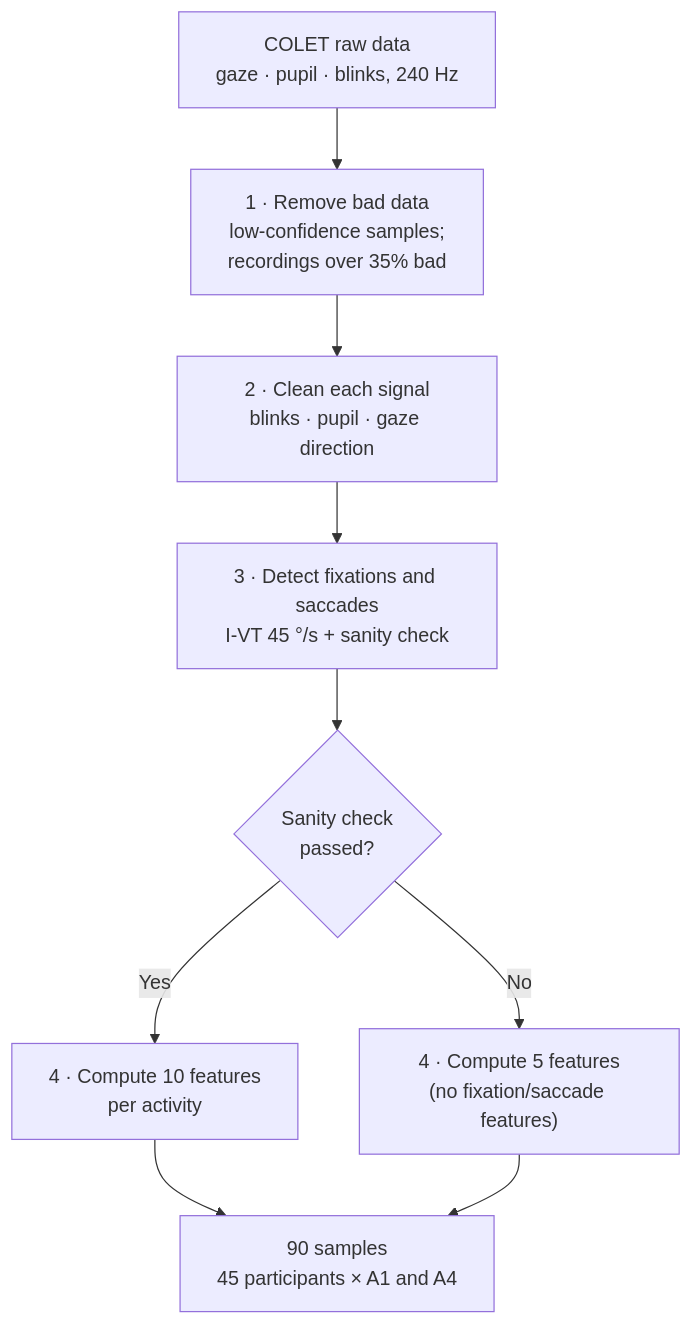
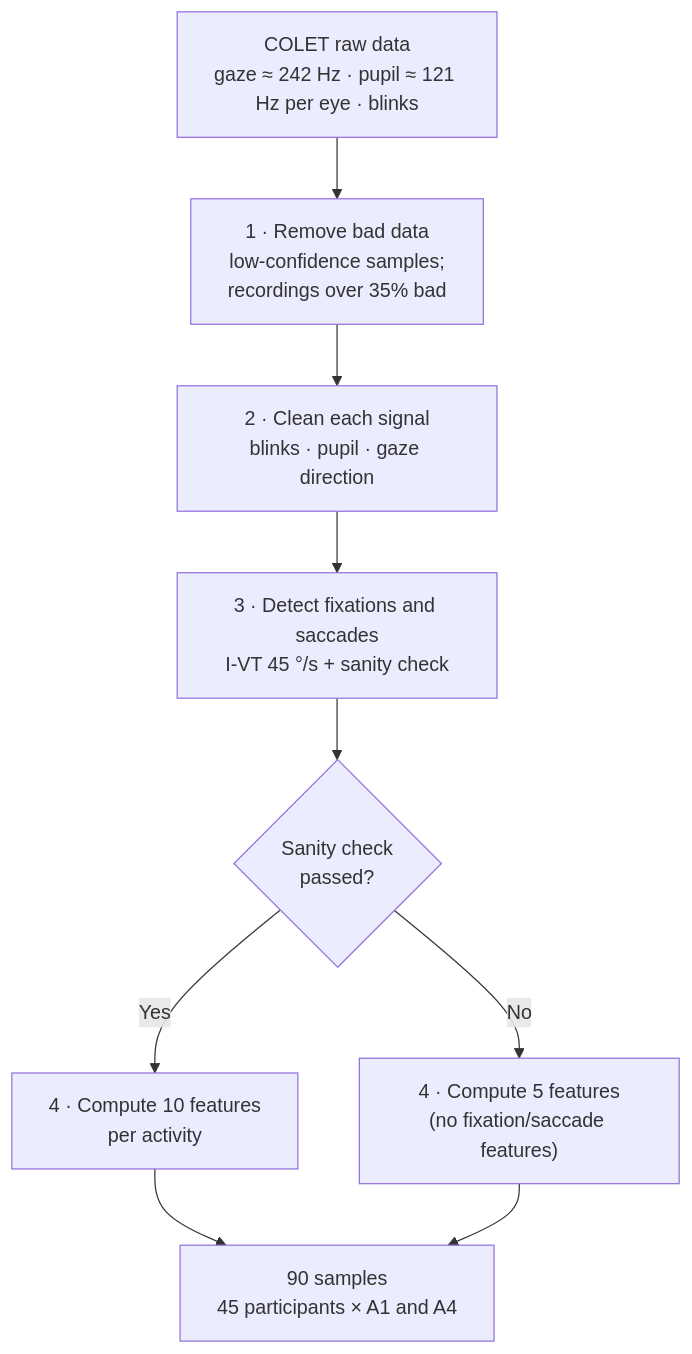
The first of 3 diagrams in docs/methodology-flowcharts.md (elmigue21/csrp), drawn with Mermaid before and after one commit. The commit also changed other lines of this file and 47 other files, not shown here.

````diff
--- a/docs/methodology-flowcharts.md
+++ b/docs/methodology-flowcharts.md
@@ -18,12 +18,12 @@
 ```mermaid
 flowchart TD
-    RAW["COLET raw data<br/>gaze · pupil · blinks, 240 Hz"]
+    RAW["COLET raw data<br/>gaze ≈ 242 Hz · pupil ≈ 121 Hz per eye · blinks"]
     RAW --> S1["1 · Remove bad data<br/>low-confidence samples;<br/>recordings over 35% bad"]
     S1 --> S2["2 · Clean each signal<br/>blinks · pupil · gaze direction"]
     S2 --> S3["3 · Detect fixations and saccades<br/>I-VT 45 °/s + sanity check"]
     S3 --> CHK{"Sanity check<br/>passed?"}
     CHK -- "Yes" --> F10["4 · Compute 10 features<br/>per activity"]
     CHK -- "No" --> F5["4 · Compute 5 features<br/>(no fixation/saccade features)"]
     F10 --> OUT["90 samples<br/>45 participants × A1 and A4"]
     F5 --> OUT
 ```
````
